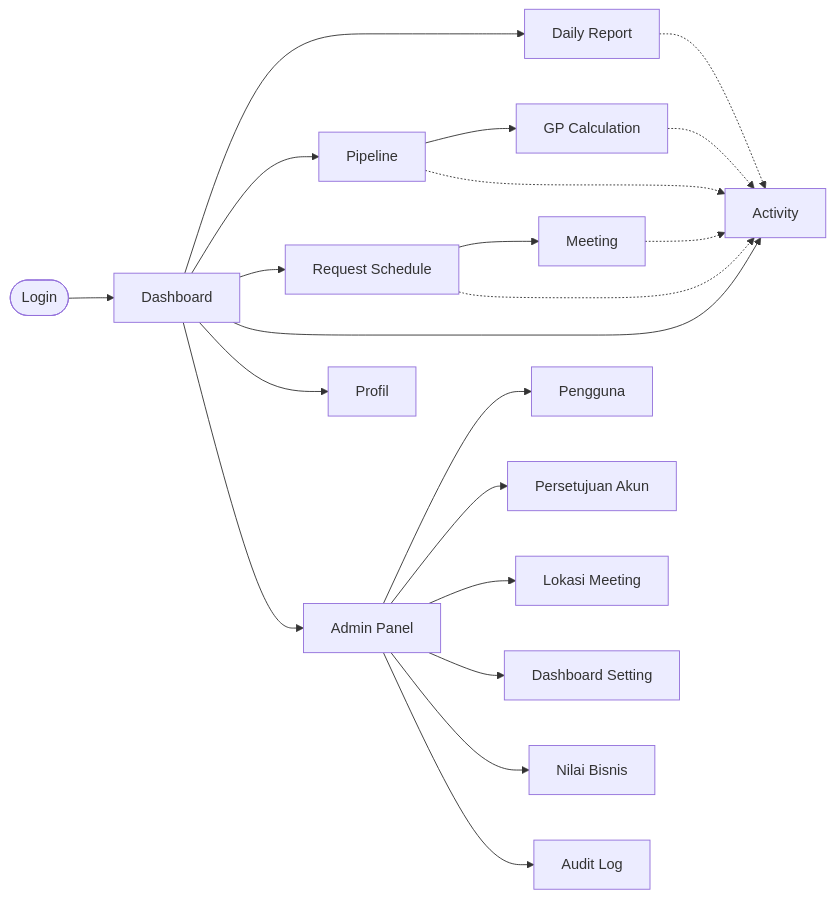
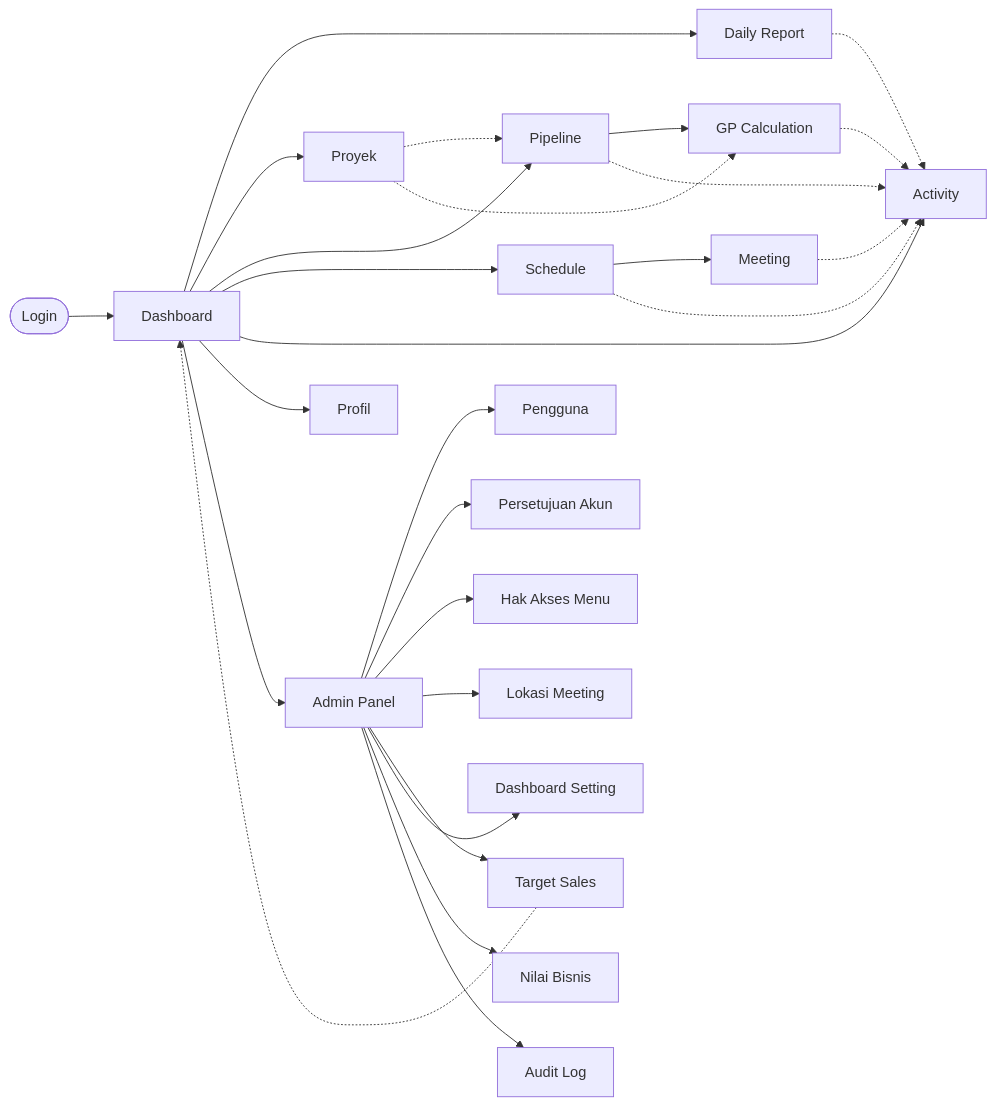
The eighth of 8 diagrams in docs/ALUR.md (perdanadhany20-ux/sales-management-platform), drawn with Mermaid before and after one commit. The commit also changed other lines of this file and 7 other files, not shown here.

````diff
--- a/docs/ALUR.md
+++ b/docs/ALUR.md
@@ -280,25 +288,31 @@
 ```mermaid
 flowchart LR
     L([Login]) --> D[Dashboard]
     D --> DR[Daily Report]
+    D --> PY[Proyek]
     D --> PL[Pipeline]
-    D --> SC[Request Schedule]
+    D --> SC[Schedule]
     SC --> MT[Meeting]
     PL --> GP[GP Calculation]
     D --> AC[Activity]
     D --> PR[Profil]
     D --> AD[Admin Panel]
 
+    PY -.-> PL
+    PY -.-> GP
     DR -.-> AC
     PL -.-> AC
     SC -.-> AC
     MT -.-> AC
     GP -.-> AC
 
     AD --> AD1[Pengguna]
     AD --> AD2[Persetujuan Akun]
+    AD --> AD7[Hak Akses Menu]
     AD --> AD3[Lokasi Meeting]
+    AD --> AD8[Target Sales]
     AD --> AD4[Dashboard Setting]
     AD --> AD5[Nilai Bisnis]
     AD --> AD6[Audit Log]
+    AD8 -.-> D
 ```
````
